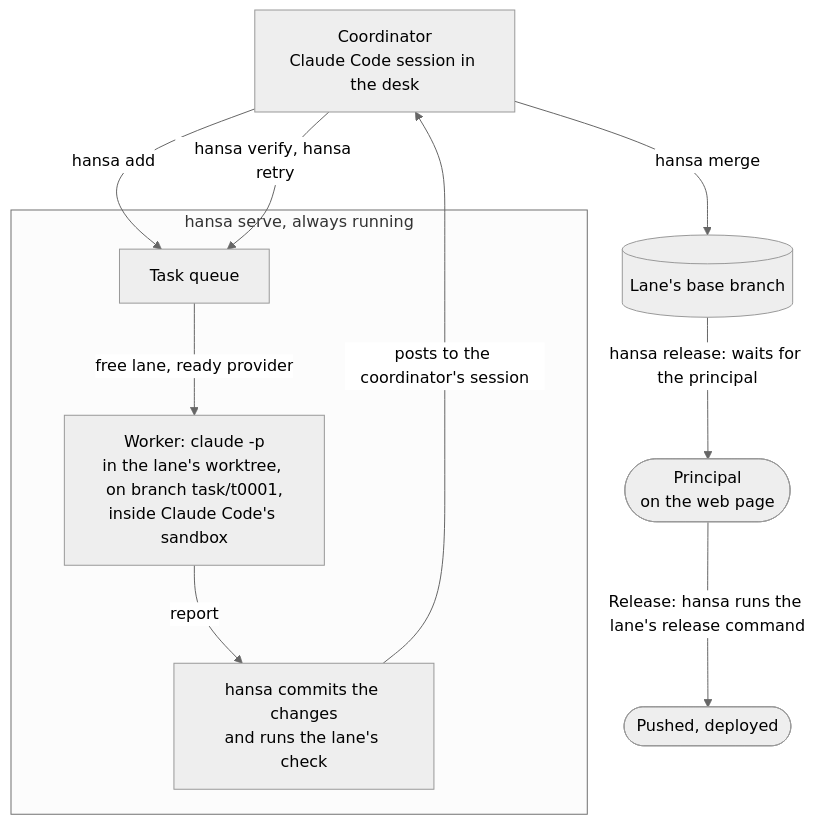
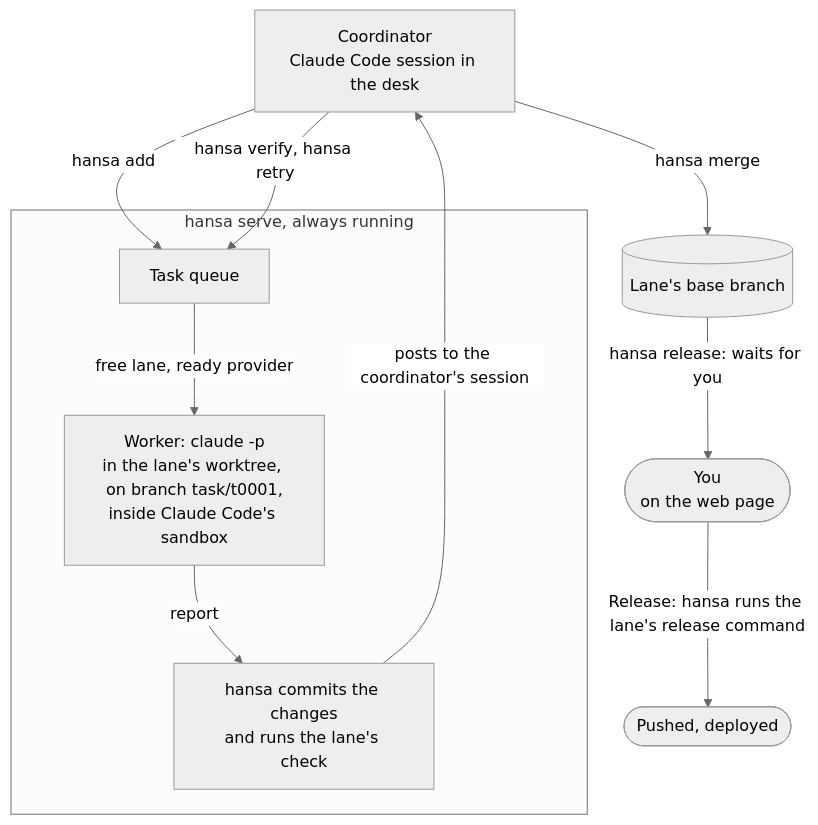
Before and after one commit to FrostNovaOrg/Hansa: the diagram in README.md, drawn with Mermaid (neutral theme). The commit also changed other lines of this file and 5 other files, not shown here.

````diff
--- a/README.md
+++ b/README.md
@@ -27,21 +48,21 @@
 ```mermaid
 flowchart TB
-    P(["Principal<br/>on the web page"])
+    P(["You<br/>on the web page"])
     C["Coordinator<br/>Claude Code session in the desk"]
     subgraph S["hansa serve, always running"]
         Q["Task queue"]
         W["Worker: claude -p<br/>in the lane's worktree, on branch task/t0001,<br/>inside Claude Code's sandbox"]
         K["hansa commits the changes<br/>and runs the lane's check"]
     end
     B[("Lane's base branch")]
     O(["Pushed, deployed"])
 
     C -- "hansa add" --> Q
     Q -- "free lane, ready provider" --> W
     W -- "report" --> K
     K -- "posts to the coordinator's session" --> C
     C -- "hansa verify, hansa retry" --> Q
     C -- "hansa merge" --> B
-    B -- "hansa release: waits for the principal" --> P
+    B -- "hansa release: waits for you" --> P
     P -- "Release: hansa runs the lane's release command" --> O
 ```
````
